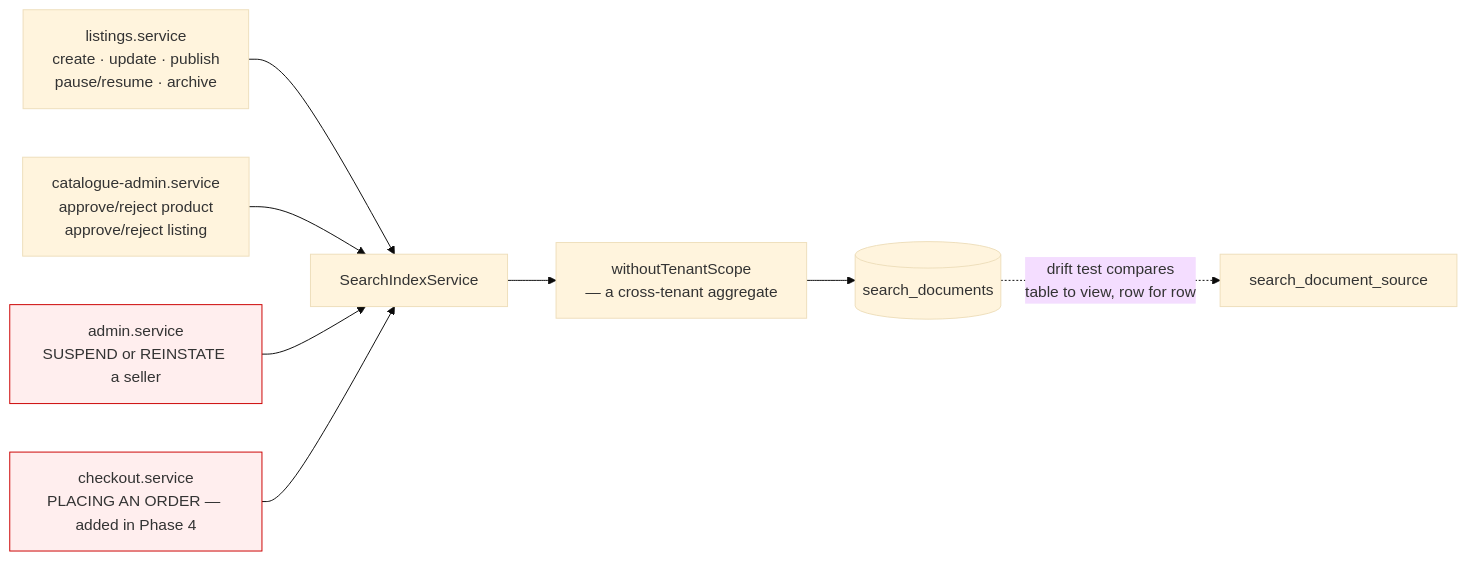
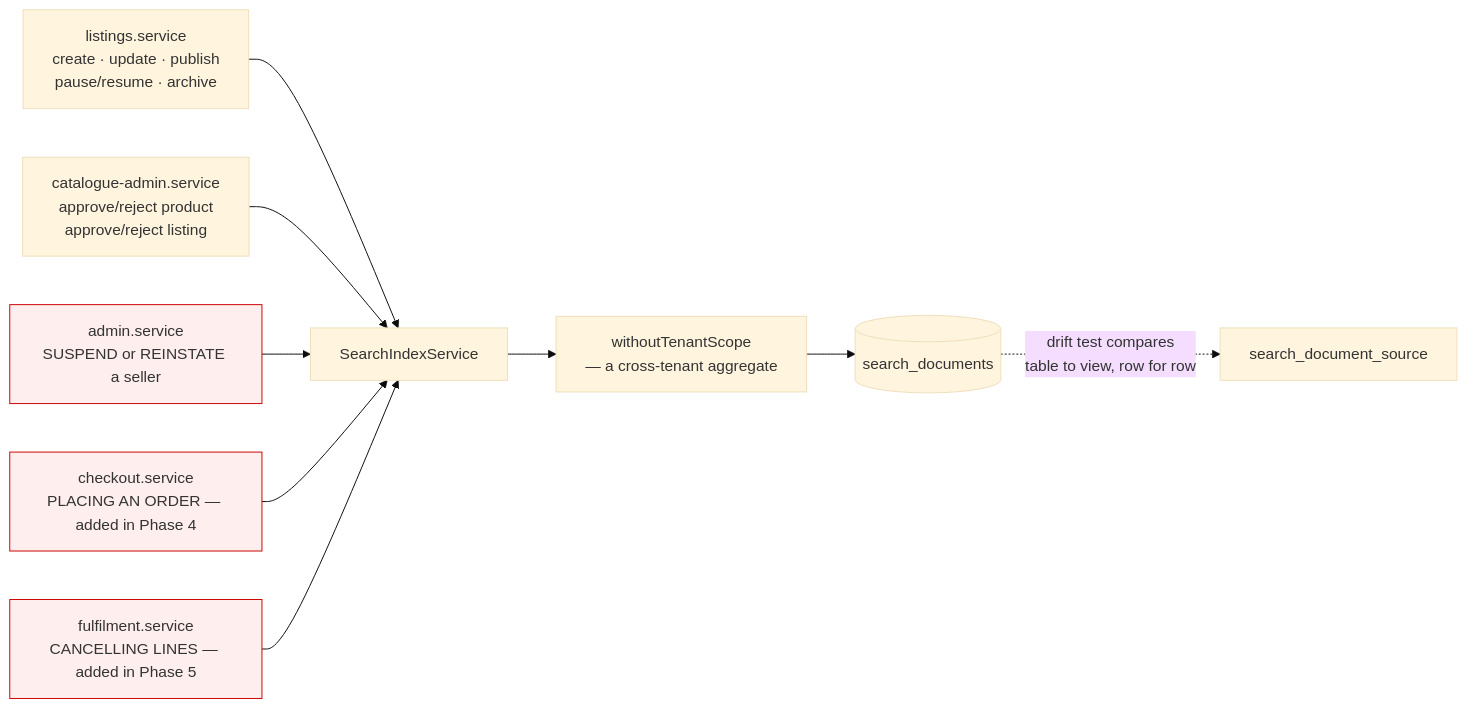
Diagram 11 of 15 in docs/SYSTEM-DESIGN.md (iamshihab2020/hossain-pharma), drawn with Mermaid (base theme) before and after one commit. The commit also changed other lines of this file and 4 other files, not shown here.

````diff
--- a/docs/SYSTEM-DESIGN.md
+++ b/docs/SYSTEM-DESIGN.md
@@ -568,13 +569,15 @@
 ```mermaid
 flowchart LR
     L1["listings.service<br/>create · update · publish<br/>pause/resume · archive"] --> R
     C1["catalogue-admin.service<br/>approve/reject product<br/>approve/reject listing"] --> R
     A1["admin.service<br/>SUSPEND or REINSTATE a seller"] --> R
     CO["checkout.service<br/>PLACING AN ORDER — added in Phase 4"] --> R
+    FU["fulfilment.service<br/>CANCELLING LINES — added in Phase 5"] --> R
     R["SearchIndexService"] --> WT["withoutTenantScope<br/>— a cross-tenant aggregate"]
     WT --> T[("search_documents")]
     T -.->|"drift test compares<br/>table to view, row for row"| V["search_document_source"]
 
     style A1 fill:#fee,stroke:#c00
     style CO fill:#fee,stroke:#c00
+    style FU fill:#fee,stroke:#c00
 ```
````
